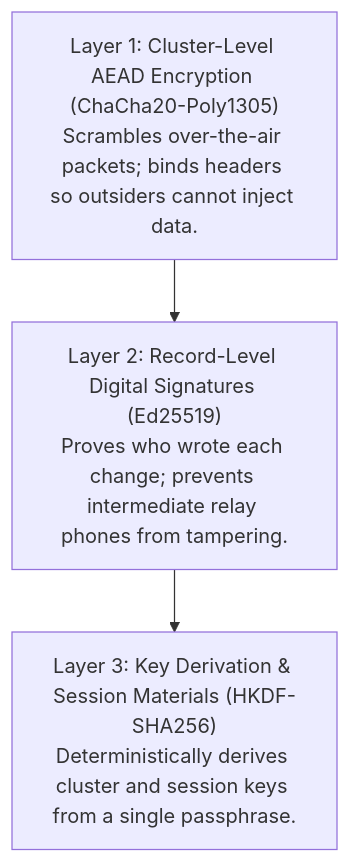
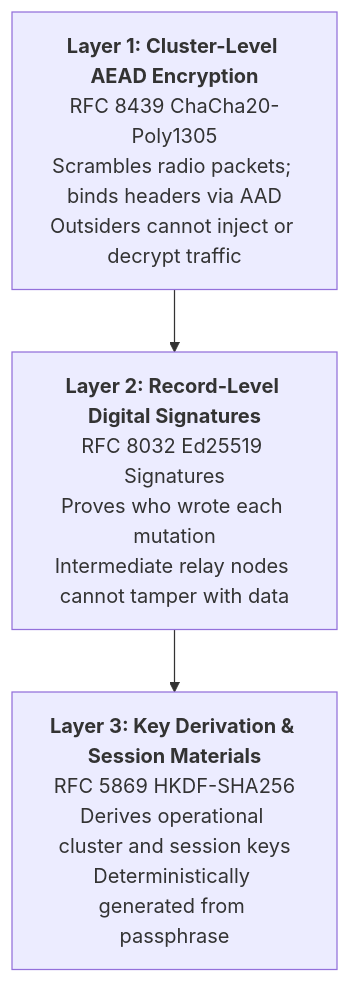
Before and after one commit to untacorp/airdb: the first of 2 diagrams in docs/manual/cryptography/security-mesh.md, drawn with Mermaid. The commit also changed other lines of this file and 6 other files, not shown here.

Commit message:
docs: optimize mermaid label wrapping and responsive containment css

````diff
--- a/docs/manual/cryptography/security-mesh.md
+++ b/docs/manual/cryptography/security-mesh.md
@@ -7,9 +7,9 @@
 ```mermaid
 flowchart TD
-    L1["Layer 1: Cluster-Level AEAD Encryption (ChaCha20-Poly1305)<br/>Scrambles over-the-air packets; binds headers so outsiders cannot inject data."]
-    L2["Layer 2: Record-Level Digital Signatures (Ed25519)<br/>Proves who wrote each change; prevents intermediate relay phones from tampering."]
-    L3["Layer 3: Key Derivation & Session Materials (HKDF-SHA256)<br/>Deterministically derives cluster and session keys from a single passphrase."]
+    L1["<b>Layer 1: Cluster-Level AEAD Encryption</b><br/>RFC 8439 ChaCha20-Poly1305<br/>Scrambles radio packets; binds headers via AAD<br/>Outsiders cannot inject or decrypt traffic"]
+    L2["<b>Layer 2: Record-Level Digital Signatures</b><br/>RFC 8032 Ed25519 Signatures<br/>Proves who wrote each mutation<br/>Intermediate relay nodes cannot tamper with data"]
+    L3["<b>Layer 3: Key Derivation & Session Materials</b><br/>RFC 5869 HKDF-SHA256<br/>Derives operational cluster and session keys<br/>Deterministically generated from passphrase"]
 
     L1 --> L2
     L2 --> L3
 ```
````
